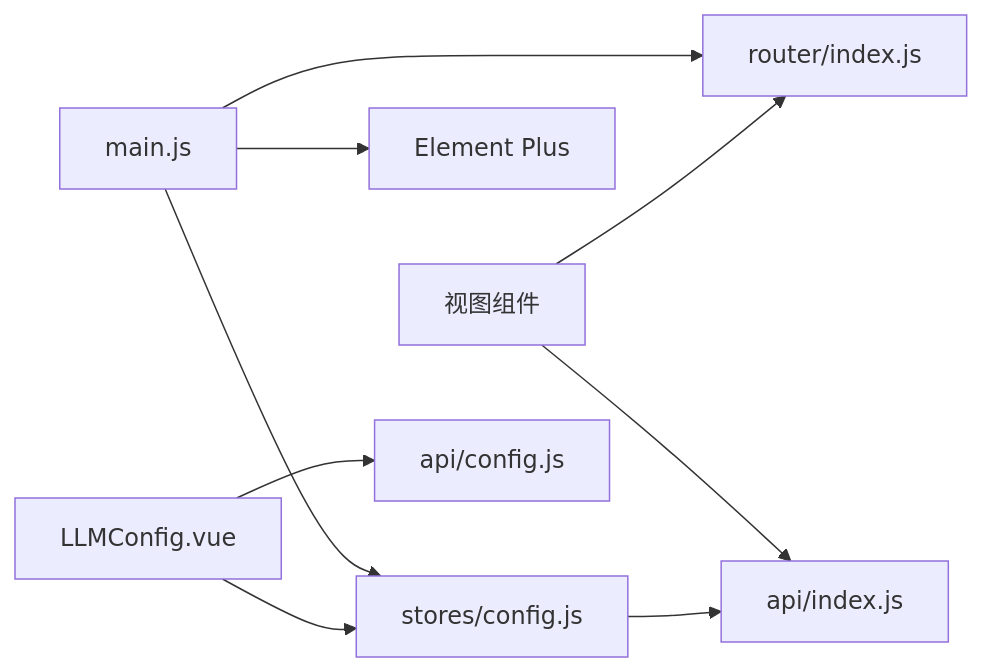
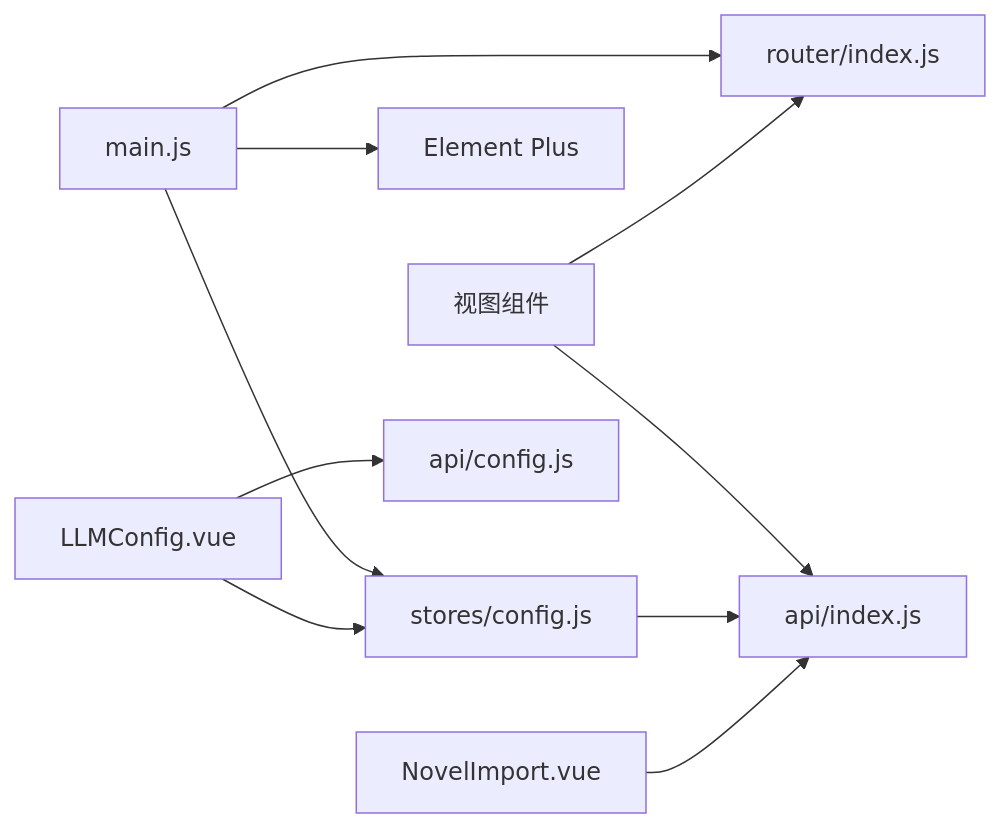
Before and after one commit to octsfm/InkTrace: diagram 11 of 11 in .qoder/repowiki/zh/content/前端界面设计/前端界面设计.md, drawn with Mermaid. The commit also changed other lines of this file and 25 other files, not shown here.

````diff
--- a/.qoder/repowiki/zh/content/前端界面设计/前端界面设计.md
+++ b/.qoder/repowiki/zh/content/前端界面设计/前端界面设计.md
@@ -346,11 +391,12 @@
 ```mermaid
 graph LR
 Main["main.js"] --> Router["router/index.js"]
 Main --> Store["stores/config.js"]
 Main --> EP["Element Plus"]
 Views["视图组件"] --> API["api/index.js"]
 Views --> Router
 Store --> API
 ConfigPage["LLMConfig.vue"] --> Store
 ConfigPage --> APIConfig["api/config.js"]
+ImportPage["NovelImport.vue"] --> API
 ```
````
